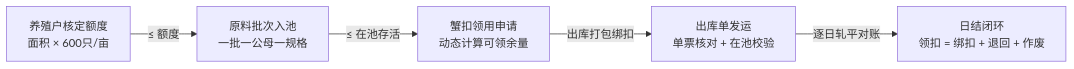
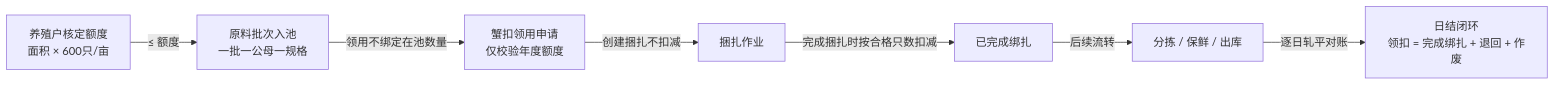
Before and after one commit to hopkinson/yangcheng-tracehub: the diagram in AGENT.md, drawn with Mermaid. The commit also changed other lines of this file and 8 other files, not shown here.

````diff
--- a/AGENT.md
+++ b/AGENT.md
@@ -21,7 +21,9 @@
 ```mermaid
 graph LR
     A[养殖户核定额度<br/>面积 × 600只/亩] -->|≤ 额度| B[原料批次入池<br/>一批一公母一规格]
-    B -->|≤ 在池存活| C[蟹扣领用申请<br/>动态计算可领余量]
-    C -->|出库打包绑扣| D[出库单发运<br/>单票核对 + 在池校验]
-    D -->|逐日轧平对账| E[日结闭环<br/>领扣 = 绑扣 + 退回 + 作废]
+    B -->|领用不绑定在池数量| C[蟹扣领用申请<br/>仅校验年度额度]
+    C -->|创建捆扎不扣减| D[捆扎作业]
+    D -->|完成捆扎时按合格只数扣减| E[已完成绑扎]
+    E -->|后续流转| F[分拣 / 保鲜 / 出库]
+    F -->|逐日轧平对账| G[日结闭环<br/>领扣 = 完成绑扎 + 退回 + 作废]
 ```
````
